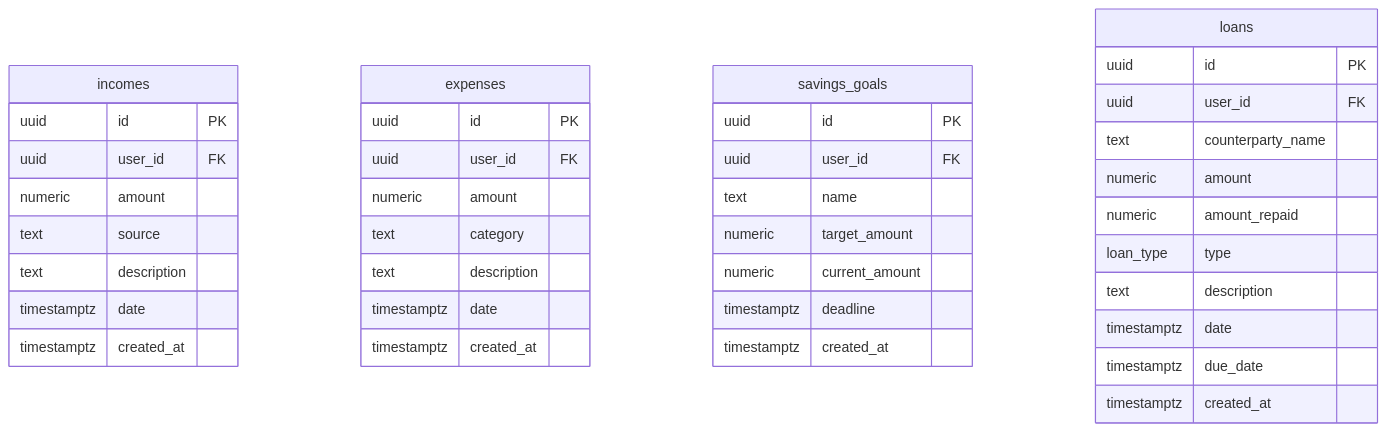
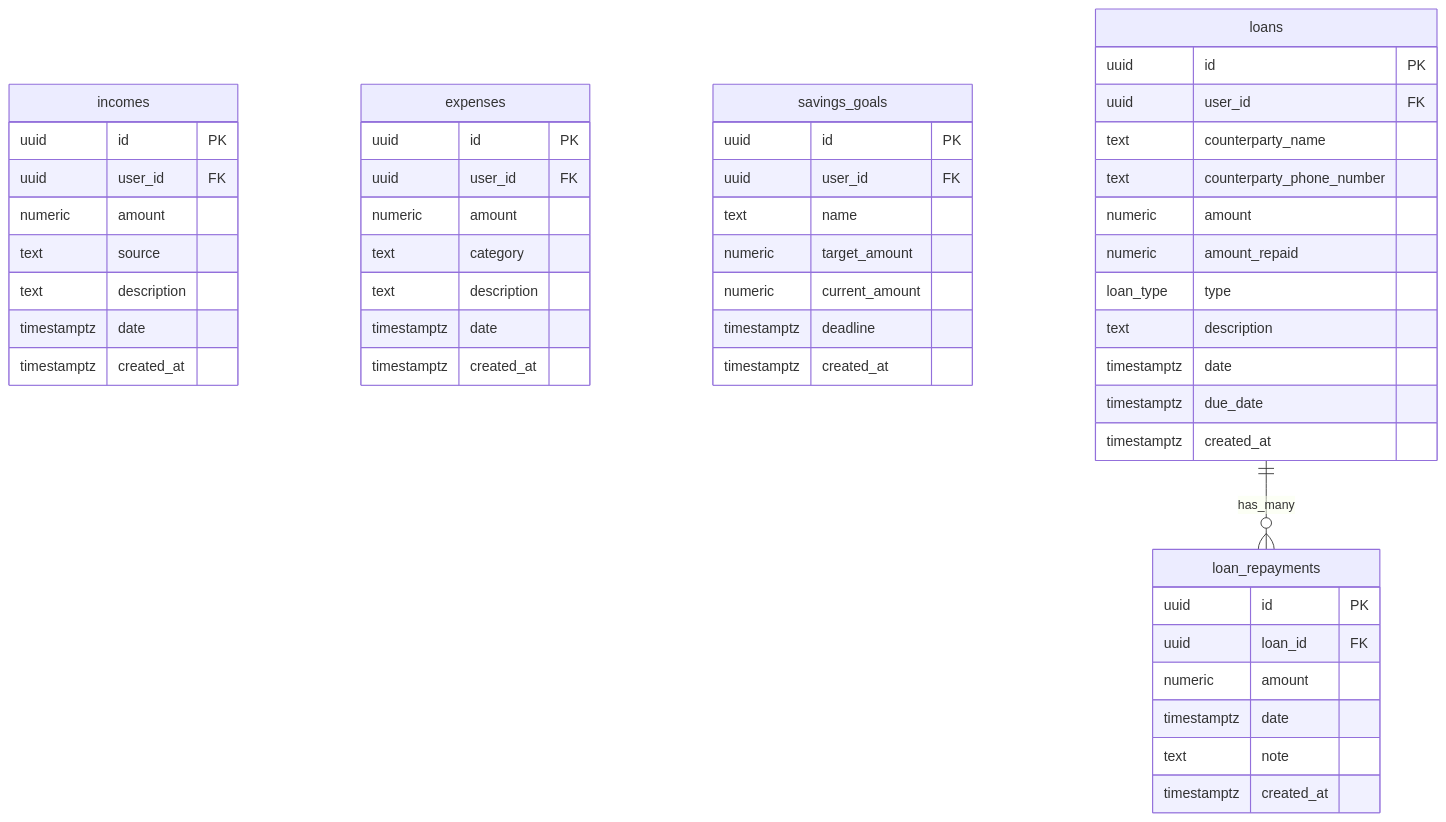
Before and after one commit to dev-personal-projects/vela: the second of 9 diagrams in docs/phases/PHASE-2-infrastructure.md, drawn with Mermaid. The commit also changed other lines of this file and 4 other files, not shown here.

````diff
--- a/docs/phases/PHASE-2-infrastructure.md
+++ b/docs/phases/PHASE-2-infrastructure.md
@@ -97,45 +107,57 @@
 ```mermaid
 erDiagram
     incomes {
         uuid id PK
         uuid user_id FK
         numeric amount
         text source
         text description
         timestamptz date
         timestamptz created_at
     }
 
     expenses {
         uuid id PK
         uuid user_id FK
         numeric amount
         text category
         text description
         timestamptz date
         timestamptz created_at
     }
 
     savings_goals {
         uuid id PK
         uuid user_id FK
         text name
         numeric target_amount
         numeric current_amount
         timestamptz deadline
         timestamptz created_at
     }
 
     loans {
         uuid id PK
         uuid user_id FK
         text counterparty_name
+        text counterparty_phone_number
         numeric amount
         numeric amount_repaid
         loan_type type
         text description
         timestamptz date
         timestamptz due_date
         timestamptz created_at
     }
+
+    loan_repayments {
+        uuid id PK
+        uuid loan_id FK
+        numeric amount
+        timestamptz date
+        text note
+        timestamptz created_at
+    }
+
+    loans ||--o{ loan_repayments : has_many
 ```
````
